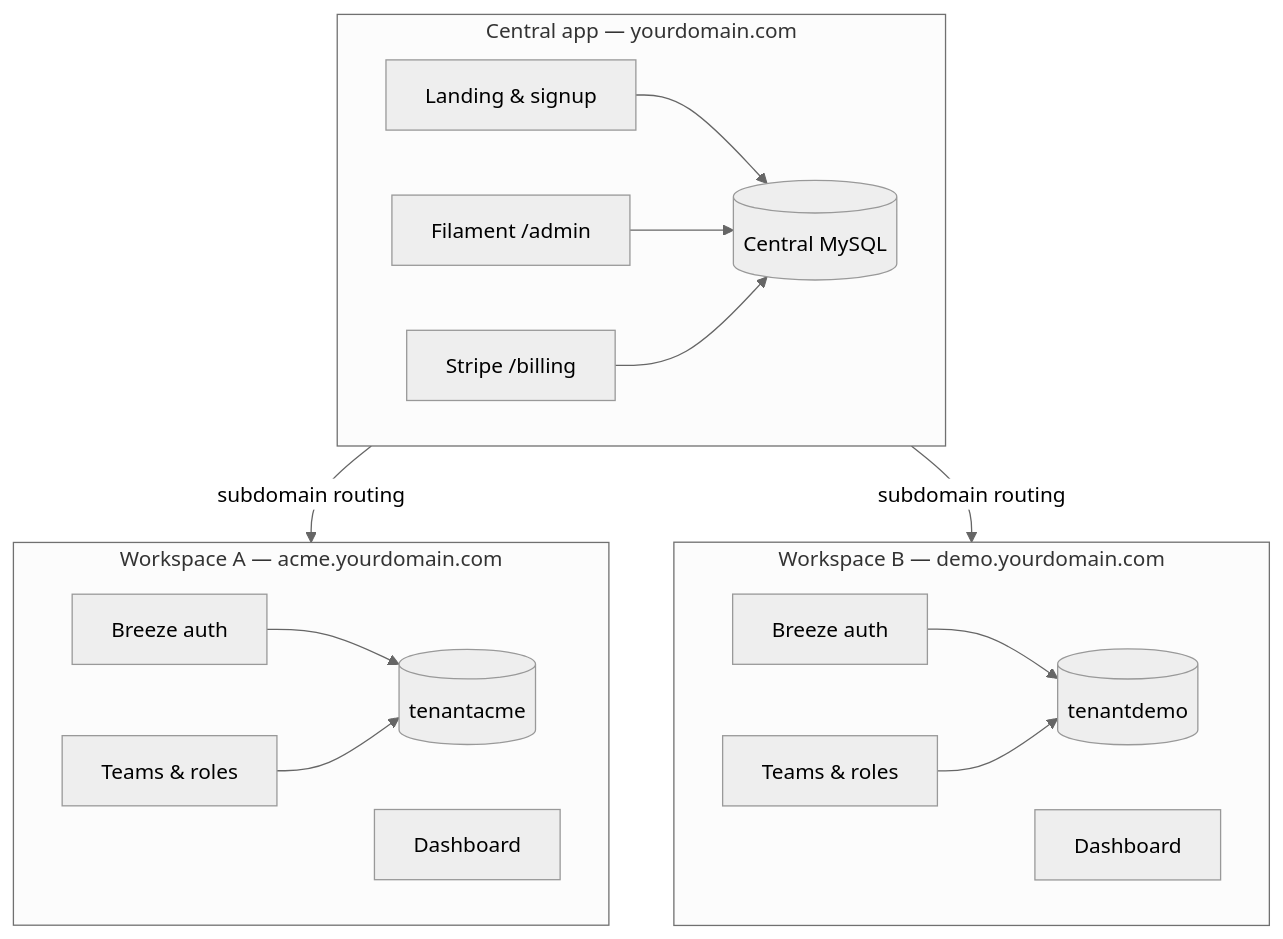
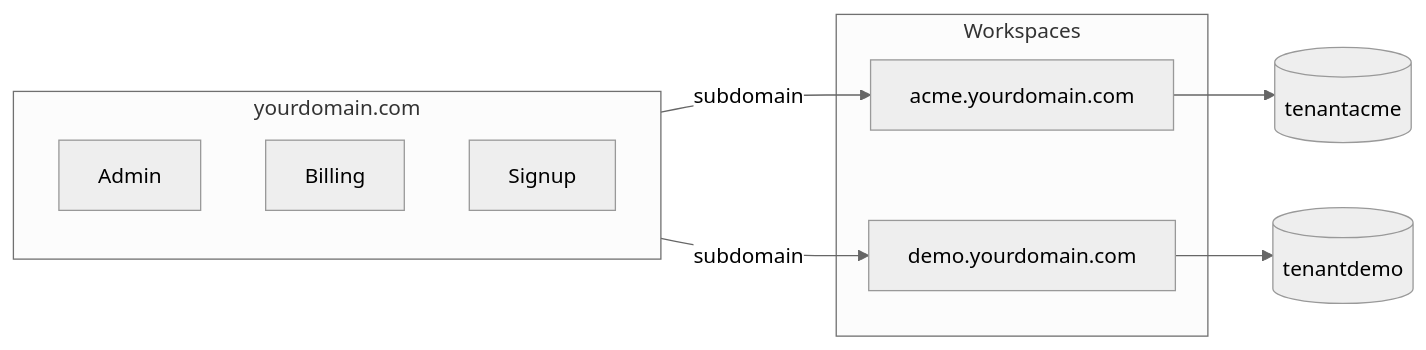
The diagram in README.md (goldentalent626/laravel-tenant-kit), drawn with Mermaid (neutral theme) before and after one commit. The commit also changed other lines of this file, not shown here.

````diff
--- a/README.md
+++ b/README.md
@@ -66,35 +147,18 @@
 ```mermaid
-flowchart TB
-    subgraph Central["Central app — yourdomain.com"]
-        Landing[Landing & signup]
-        Admin[Filament /admin]
-        Billing[Stripe /billing]
-        CentralDB[(Central MySQL)]
+flowchart LR
+    subgraph Central["yourdomain.com"]
+        Admin[Admin]
+        Billing[Billing]
+        Signup[Signup]
     end
 
-    subgraph TenantA["Workspace A — acme.yourdomain.com"]
-        AuthA[Breeze auth]
-        TeamA[Teams & roles]
-        DashA[Dashboard]
-        TenantDBA[(tenantacme)]
+    subgraph Tenants["Workspaces"]
+        A["acme.yourdomain.com"]
+        B["demo.yourdomain.com"]
     end
 
-    subgraph TenantB["Workspace B — demo.yourdomain.com"]
-        AuthB[Breeze auth]
-        TeamB[Teams & roles]
-        DashB[Dashboard]
-        TenantDBB[(tenantdemo)]
-    end
-
-    Landing --> CentralDB
-    Admin --> CentralDB
-    Billing --> CentralDB
-
-    Central -->|subdomain routing| TenantA
-    Central -->|subdomain routing| TenantB
-
-    AuthA --> TenantDBA
-    TeamA --> TenantDBA
-    AuthB --> TenantDBB
-    TeamB --> TenantDBB
+    Central -->|subdomain| A
+    Central -->|subdomain| B
+    A --> DB1[(tenantacme)]
+    B --> DB2[(tenantdemo)]
 ```
````
